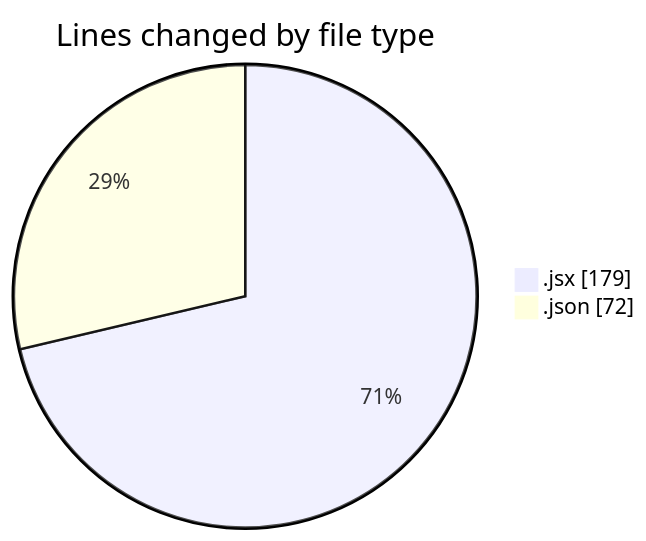
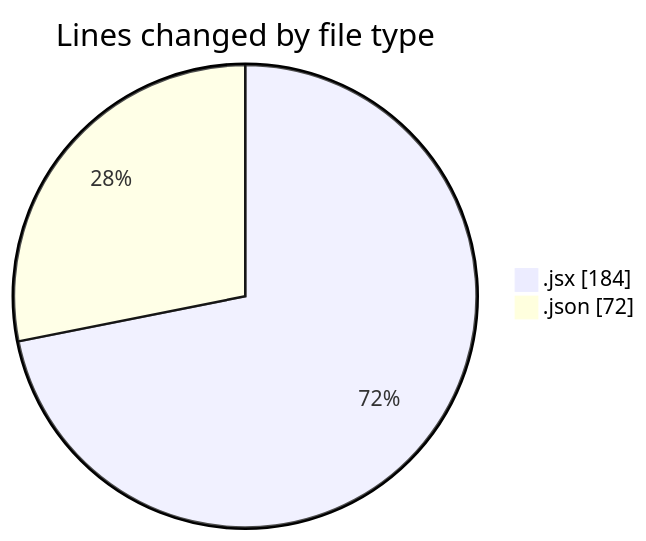
The first of 2 diagrams in 2026-03-19/commonwealth-front-end-task/README.md (momahboobian/code-tracking), drawn with Mermaid before and after one commit. The commit also changed other lines of this file and 1 other file, not shown here.

````diff
--- a/2026-03-19/commonwealth-front-end-task/README.md
+++ b/2026-03-19/commonwealth-front-end-task/README.md
@@ -22,6 +22,6 @@
 ```mermaid
 pie showData
 title Lines changed by file type
-".jsx" : 179
+".jsx" : 184
 ".json" : 72
 ```
````
